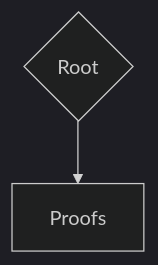
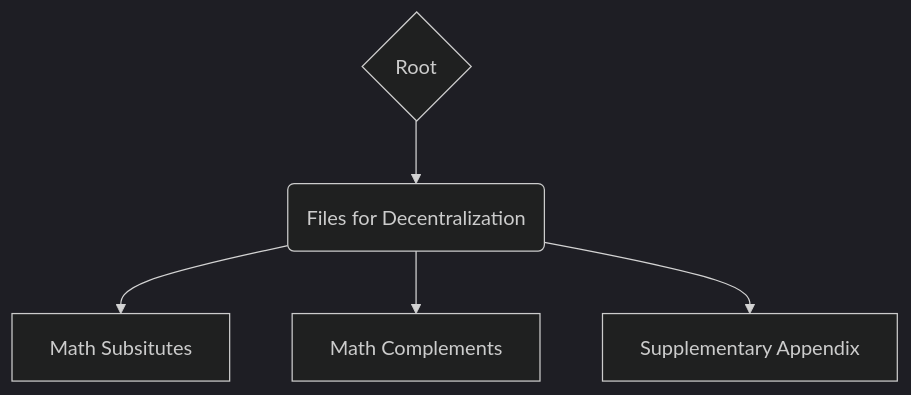
One commit to npasquier/online-research-material changed the diagram in README.md. Above: the diagram before and after it, drawn with Mermaid (dark theme).

````diff
--- a/README.md
+++ b/README.md
@@ -9,4 +9,7 @@
 ```mermaid
-  graph TD;
-      di{Root} --> sq[Proofs];
+   graph TD;
+      di{Root} --> sq(Files for Decentralization);
+      sq(Files for Decentralization) --> A[Math Subsitutes];
+      sq(Files for Decentralization) --> B[Math Complements];
+      sq(Files for Decentralization) --> C[Supplementary Appendix];
 ```
````
